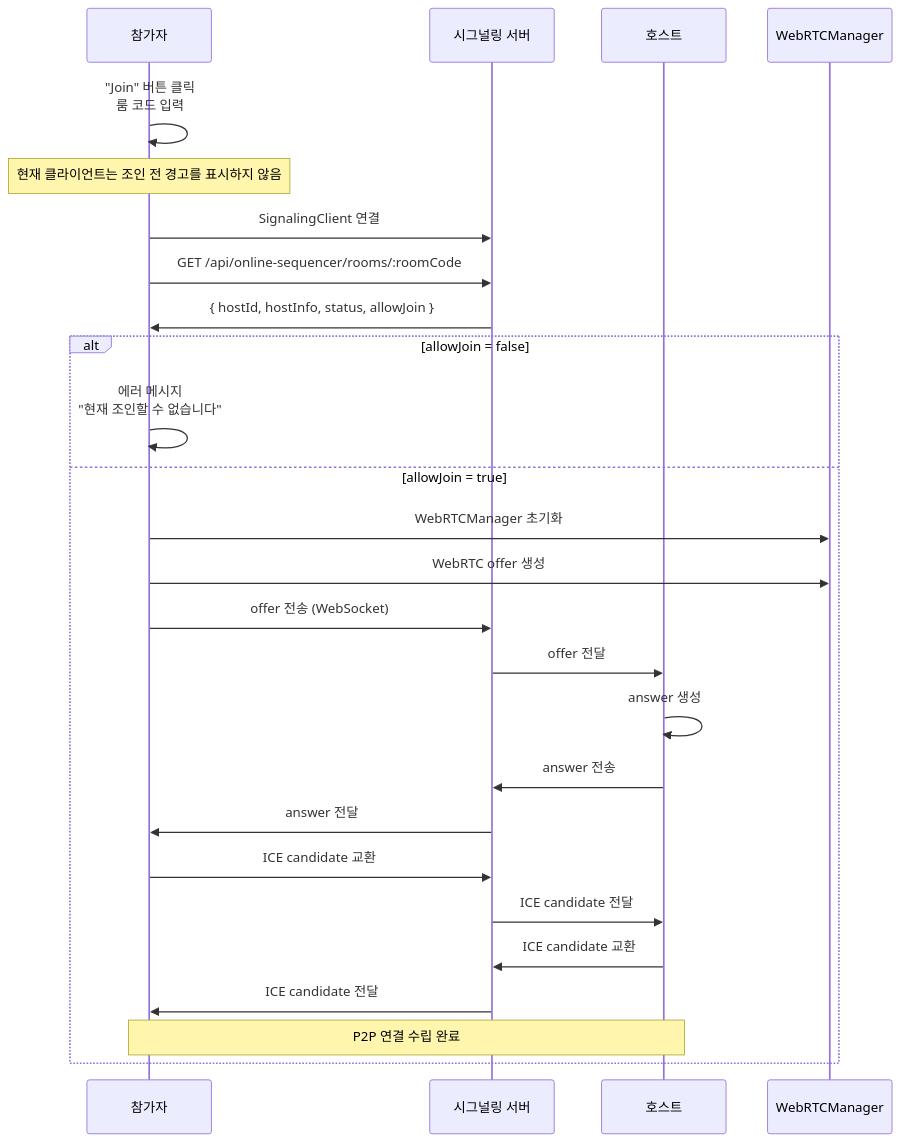
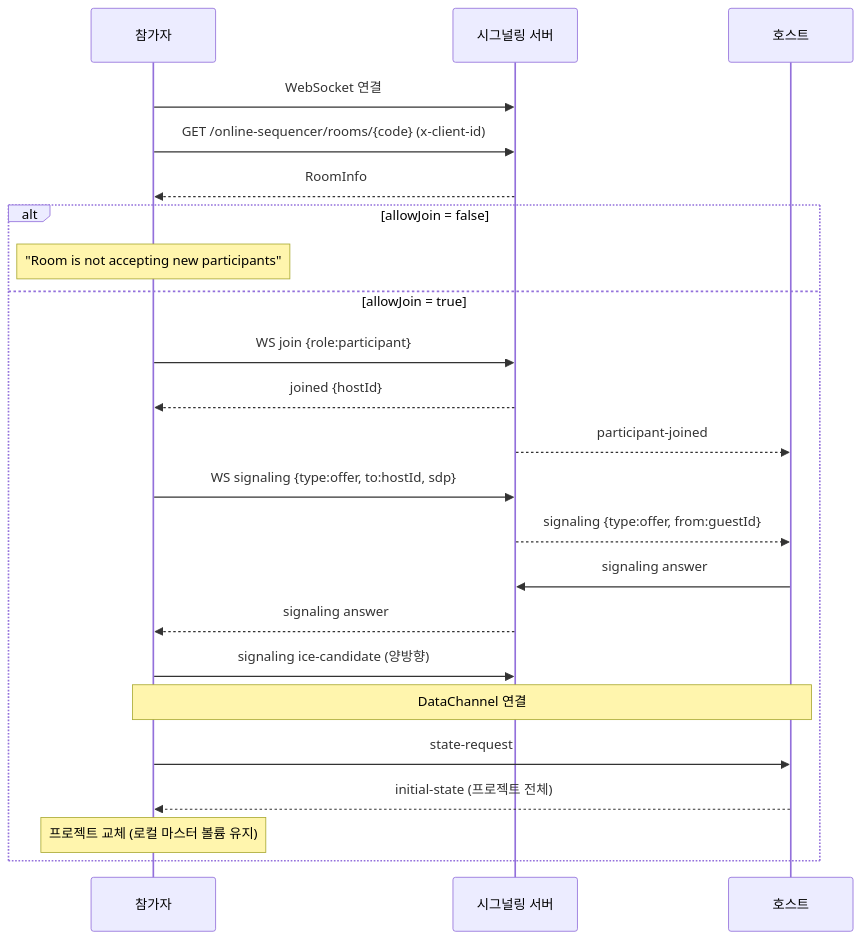
One commit to JaceDashS/online-sequencer changed the second of 2 diagrams in docs/specs/collaboration-specification/connection-flow.md. Above: the diagram before and after it, drawn with Mermaid. The commit also changed other lines of this file and 23 other files, not shown here.

````diff
--- a/docs/specs/collaboration-specification/connection-flow.md
+++ b/docs/specs/collaboration-specification/connection-flow.md
@@ -107,31 +53,26 @@
 ```mermaid
 sequenceDiagram
-    participant Guest as 참가자
-    participant Server as 시그널링 서버
-    participant Host as 호스트
-    participant WebRTC as WebRTCManager
-    
-    Guest->>Guest: "Join" 버튼 클릭<br/>룸 코드 입력
-    Note over Guest: 현재 클라이언트는 조인 전 경고를 표시하지 않음
-    
-    Guest->>Server: SignalingClient 연결
-    Guest->>Server: GET /api/online-sequencer/rooms/:roomCode
-    Server->>Guest: { hostId, hostInfo, status, allowJoin }
-    
+    participant G as 참가자
+    participant S as 시그널링 서버
+    participant H as 호스트
+
+    G->>S: WebSocket 연결
+    G->>S: GET /online-sequencer/rooms/{code} (x-client-id)
+    S-->>G: RoomInfo
     alt allowJoin = false
-        Guest->>Guest: 에러 메시지<br/>"현재 조인할 수 없습니다"
+        Note over G: "Room is not accepting new participants"
     else allowJoin = true
-        Guest->>WebRTC: WebRTCManager 초기화
-        Guest->>WebRTC: WebRTC offer 생성
-        Guest->>Server: offer 전송 (WebSocket)
-        Server->>Host: offer 전달
-        Host->>Host: answer 생성
-        Host->>Server: answer 전송
-        Server->>Guest: answer 전달
-        Guest->>Server: ICE candidate 교환
-        Server->>Host: ICE candidate 전달
-        Host->>Server: ICE candidate 교환
-        Server->>Guest: ICE candidate 전달
-        Note over Guest,Host: P2P 연결 수립 완료
+        G->>S: WS join {role:participant}
+        S-->>G: joined {hostId}
+        S-->>H: participant-joined
+        G->>S: WS signaling {type:offer, to:hostId, sdp}
+        S-->>H: signaling {type:offer, from:guestId}
+        H->>S: signaling answer
+        S-->>G: signaling answer
+        G->>S: signaling ice-candidate (양방향)
+        Note over G,H: DataChannel 연결
+        G->>H: state-request
+        H-->>G: initial-state (프로젝트 전체)
+        Note over G: 프로젝트 교체 (로컬 마스터 볼륨 유지)
     end
 ```
````
